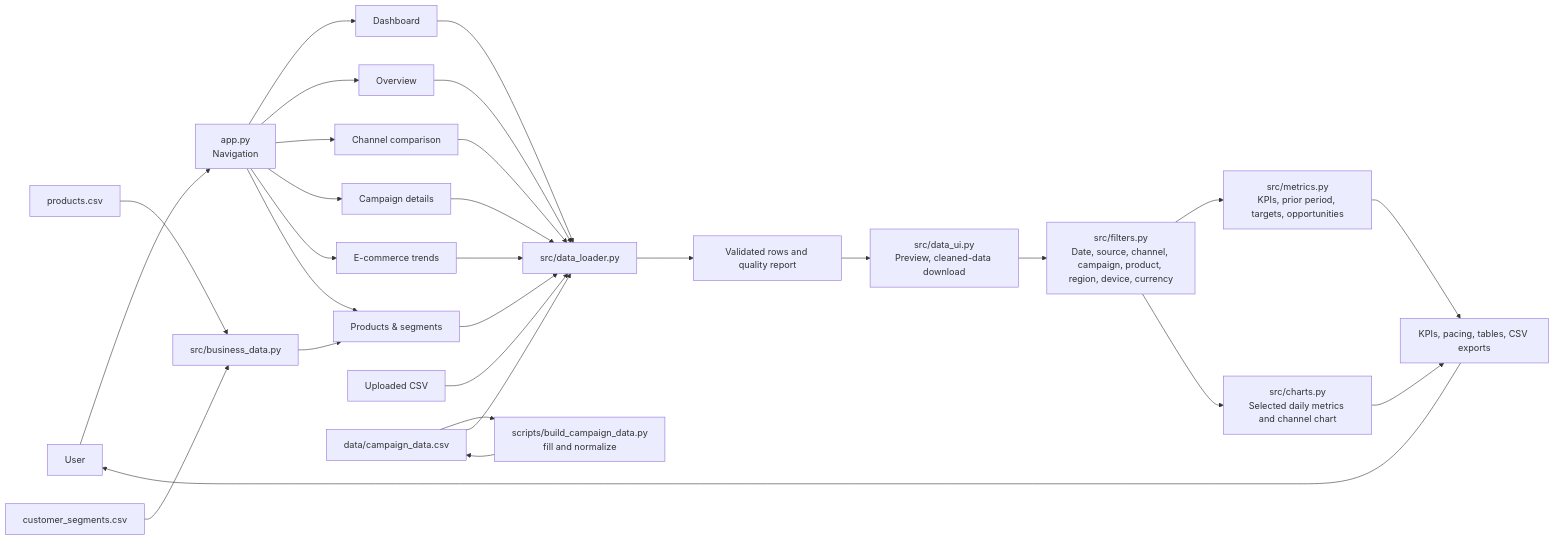
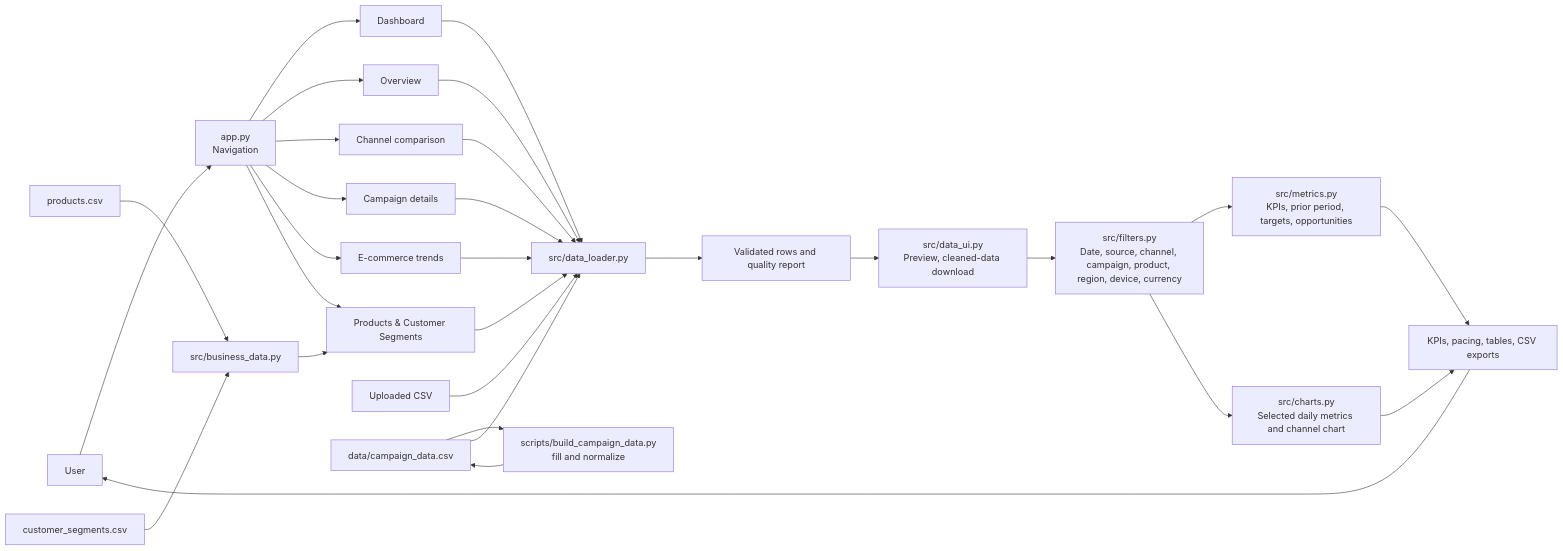
One commit to SudhaSugum/Gen-Academy-MAI-Project-Week1 changed the first of 3 diagrams in README.md. Above: the diagram before and after it, drawn with Mermaid. The commit also changed other lines of this file and 10 other files, not shown here.

````diff
--- a/README.md
+++ b/README.md
@@ -73,34 +74,34 @@
 ```mermaid
 flowchart LR
     User --> App["app.py<br/>Navigation"]
     App --> Dash["Dashboard"]
     App --> Overview["Overview"]
     App --> Channel["Channel comparison"]
     App --> Details["Campaign details"]
     App --> Trends["E-commerce trends"]
-    App --> Store["Products & segments"]
+    App --> Store["Products & Customer Segments"]
 
     Upload["Uploaded CSV"] --> Loader["src/data_loader.py"]
     Default["data/campaign_data.csv"] --> Builder["scripts/build_campaign_data.py<br/>fill and normalize"]
     Builder --> Default
     Default --> Loader
     ProductData["products.csv"] --> StoreData["src/business_data.py"]
     SegmentData["customer_segments.csv"] --> StoreData
     StoreData --> Store
 
     Dash --> Loader
     Overview --> Loader
     Channel --> Loader
     Details --> Loader
     Trends --> Loader
     Store --> Loader
 
     Loader --> Clean["Validated rows and quality report"]
     Clean --> DataUI["src/data_ui.py<br/>Preview, cleaned-data download"]
     DataUI --> Filters["src/filters.py<br/>Date, source, channel, campaign, product, region, device, currency"]
     Filters --> Metrics["src/metrics.py<br/>KPIs, prior period, targets, opportunities"]
     Filters --> Charts["src/charts.py<br/>Selected daily metrics and channel chart"]
     Metrics --> UI["KPIs, pacing, tables, CSV exports"]
     Charts --> UI
     UI --> User
 ```
````
